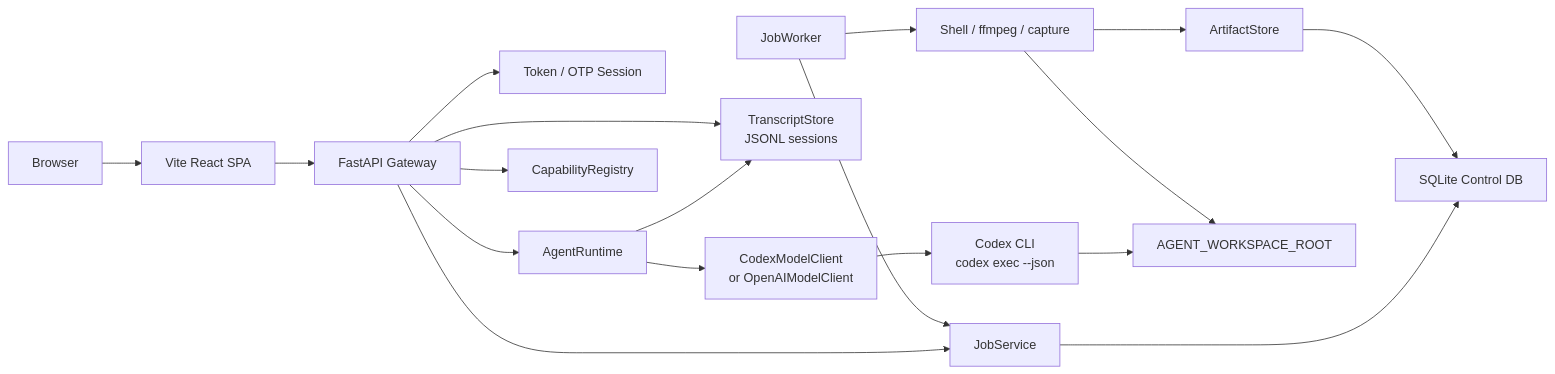
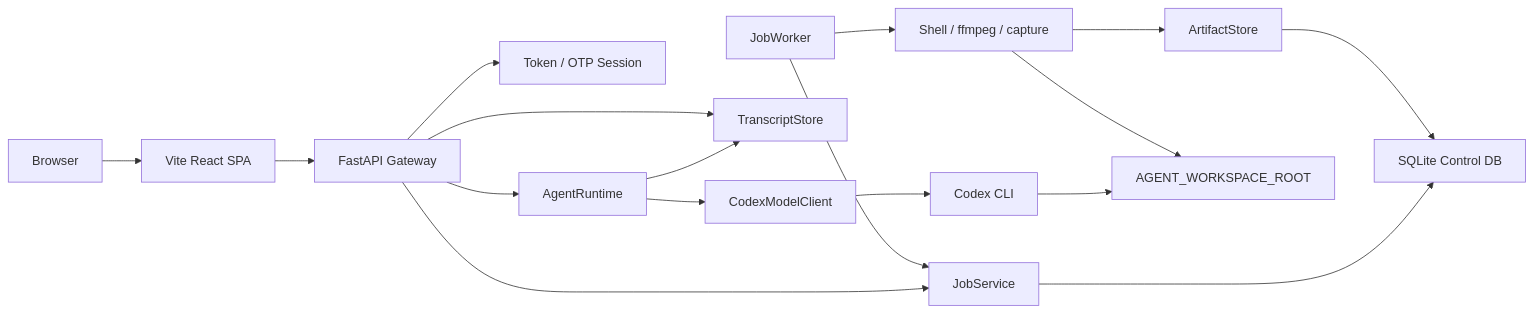
The second of 2 diagrams in README.md (LeeLeeLeeee/personal-agent-gateway), drawn with Mermaid before and after one commit. The commit also changed other lines of this file, not shown here.

````diff
--- a/README.md
+++ b/README.md
@@ -135,36 +79,34 @@
 ```mermaid
 flowchart LR
     Browser[Browser]
     React[Vite React SPA]
     Gateway[FastAPI Gateway]
     Auth[Token / OTP Session]
     Runtime[AgentRuntime]
-    Provider[CodexModelClient<br/>or OpenAIModelClient]
-    Codex[Codex CLI<br/>codex exec --json]
-    Transcript[TranscriptStore<br/>JSONL sessions]
-    Control[SQLite Control DB]
-    Registry[CapabilityRegistry]
+    Provider[CodexModelClient]
+    Codex[Codex CLI]
+    Transcript[TranscriptStore]
+    DB[SQLite Control DB]
     Jobs[JobService]
     Worker[JobWorker]
     Runners[Shell / ffmpeg / capture]
     Artifacts[ArtifactStore]
     Workspace[AGENT_WORKSPACE_ROOT]
 
     Browser --> React
     React --> Gateway
     Gateway --> Auth
     Gateway --> Runtime
     Runtime --> Provider
     Provider --> Codex
     Codex --> Workspace
     Runtime --> Transcript
     Gateway --> Transcript
-    Gateway --> Registry
     Gateway --> Jobs
-    Jobs --> Control
+    Jobs --> DB
     Worker --> Jobs
     Worker --> Runners
     Runners --> Workspace
     Runners --> Artifacts
-    Artifacts --> Control
+    Artifacts --> DB
 ```
````
